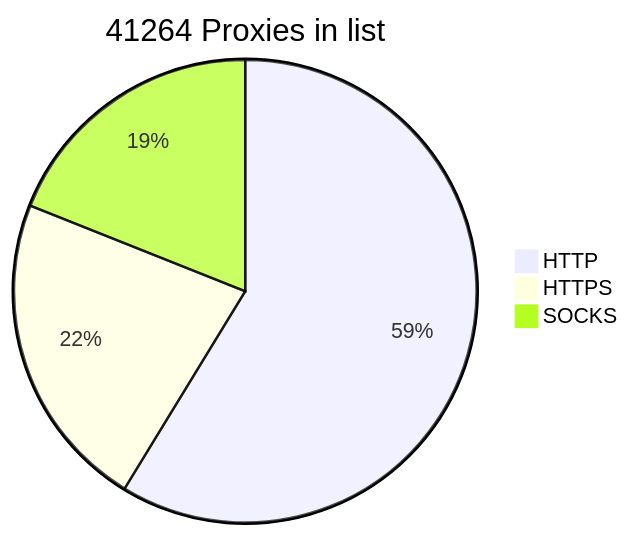
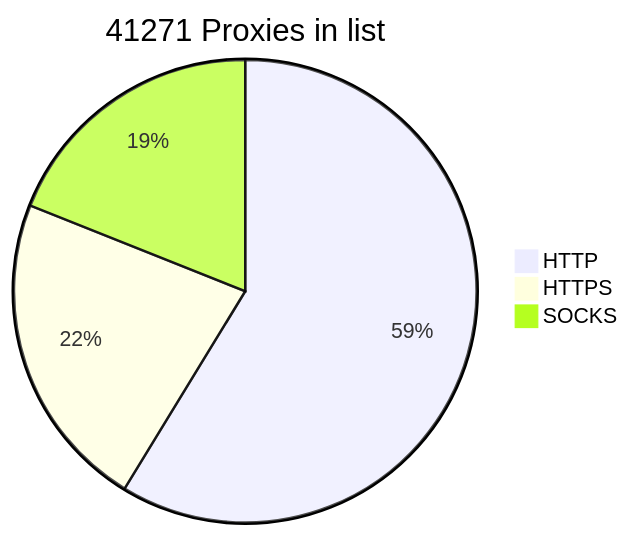
The diagram in README.md (BlackSnowDot/proxylist-update-every-minute), drawn with Mermaid before and after one commit.

````diff
--- a/README.md
+++ b/README.md
@@ -2,6 +2,6 @@
 ```mermaid
-pie title 41264 Proxies in list
-    "HTTP" : 28434
-    "HTTPS": 10794
+pie title 41271 Proxies in list
+    "HTTP" : 28439
+    "HTTPS": 10799
     "SOCKS" : 9182
 ```
````
